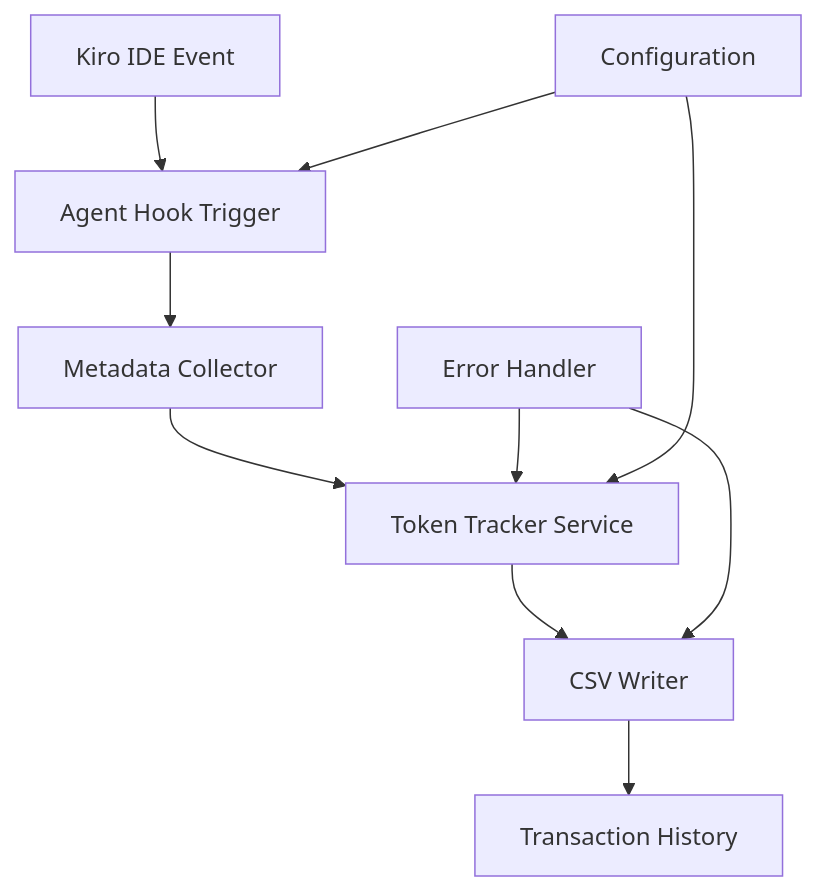
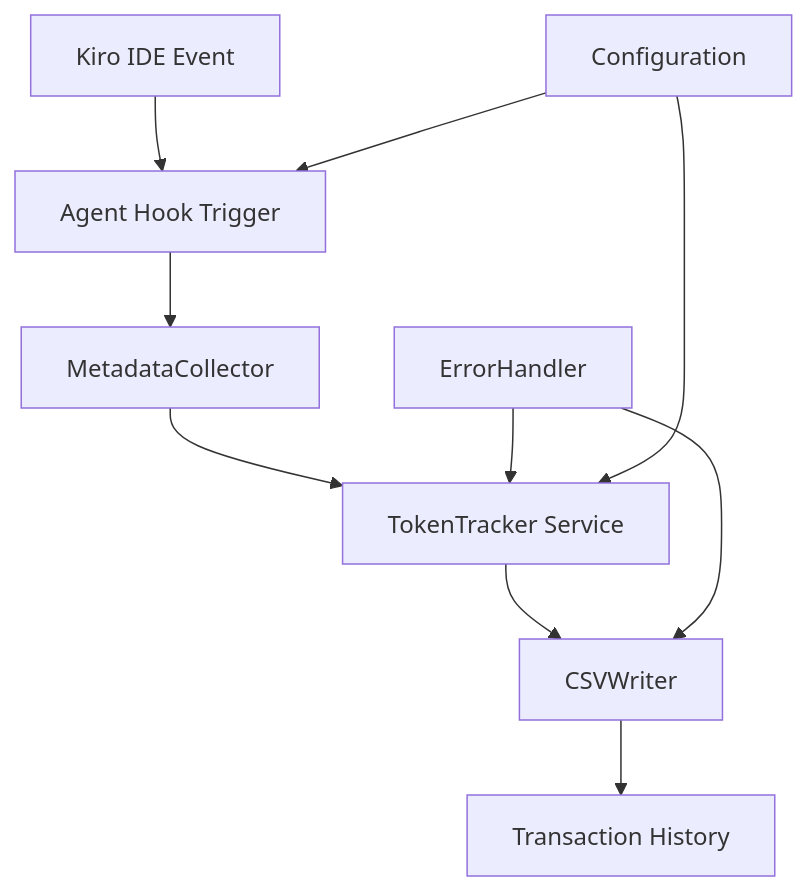
One commit to NadimGhaznavi/ai_hydra changed the second of 2 diagrams in docs/_source/token_tracking.rst. Above: the diagram before and after it, drawn with Mermaid. The commit also changed other lines of this file and 3 other files, not shown here.

```diff
--- a/docs/_source/token_tracking.rst
+++ b/docs/_source/token_tracking.rst
@@ -33,14 +93,14 @@
 .. mermaid::
 
    graph TD
        A[Kiro IDE Event] --> B[Agent Hook Trigger]
-       B --> C[Metadata Collector]
-       C --> D[Token Tracker Service]
-       D --> E[CSV Writer]
+       B --> C[MetadataCollector]
+       C --> D[TokenTracker Service]
+       D --> E[CSVWriter]
        E --> F[Transaction History]
        
-       G[Error Handler] --> D
+       G[ErrorHandler] --> D
        G --> E
        
        H[Configuration] --> B
        H --> D
```
